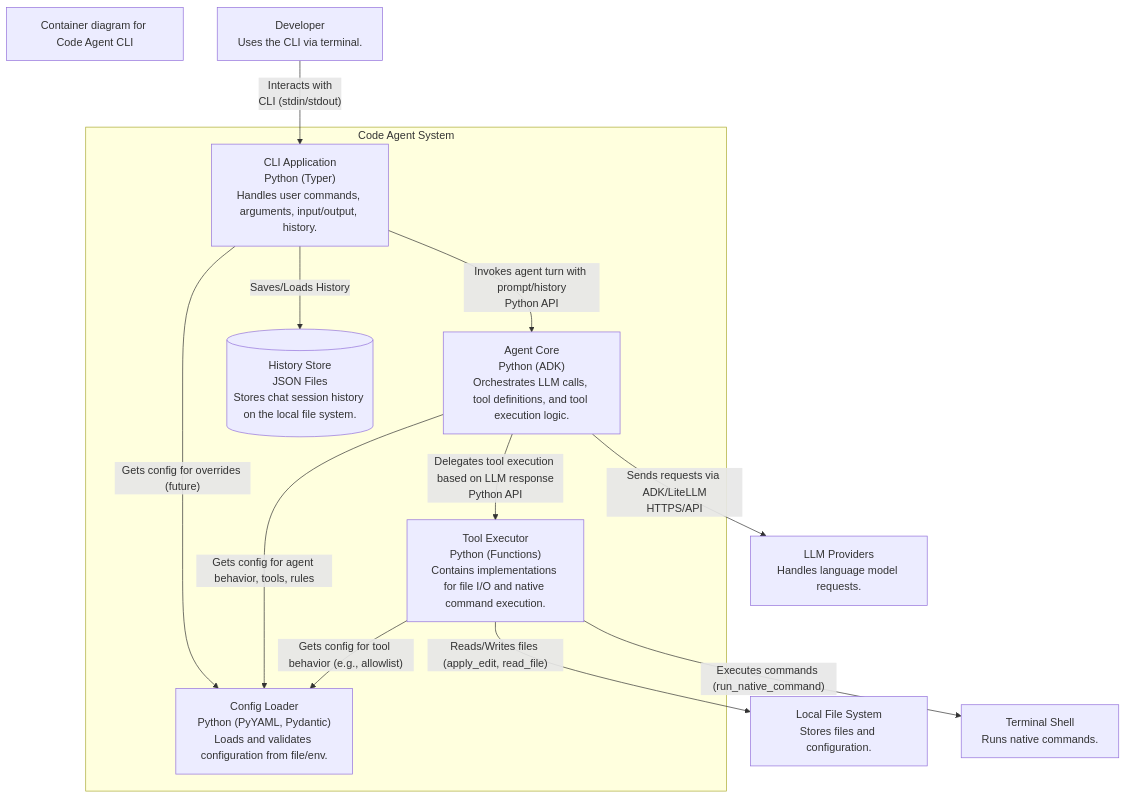
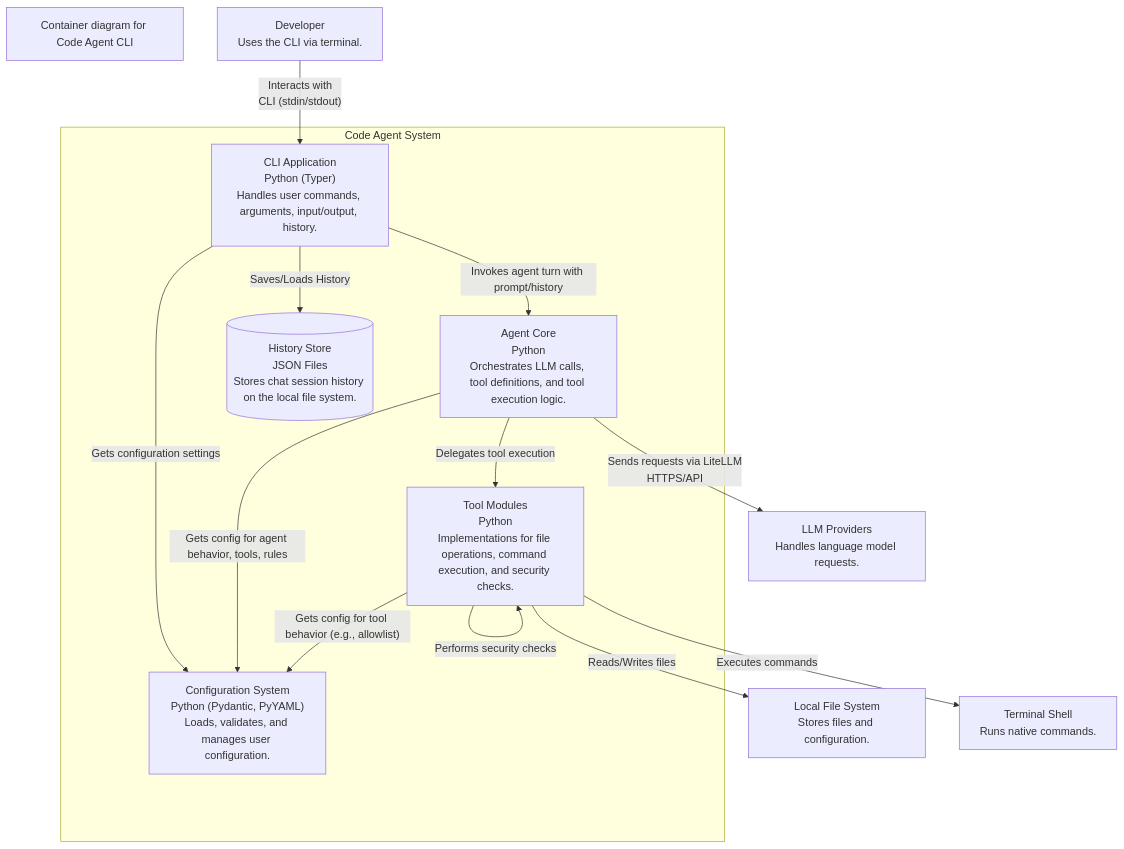
The second of 4 diagrams in docs/getting_started_architecture.md (BlueCentre/code-agent), drawn with Mermaid before and after one commit. The commit also changed other lines of this file and 7 other files, not shown here.

Commit message:
docs: update architecture diagrams and add sequence diagrams (#5)

````diff
--- a/docs/getting_started_architecture.md
+++ b/docs/getting_started_architecture.md
@@ -31,31 +31,32 @@
 ```mermaid
 flowchart TD
     title["Container diagram for Code Agent CLI"]
 
     user["Developer<br>Uses the CLI via terminal."]
     llm_providers["LLM Providers<br>Handles language model requests."]
     file_system["Local File System<br>Stores files and configuration."]
     terminal["Terminal Shell<br>Runs native commands."]
 
     subgraph cli_boundary["Code Agent System"]
         cli_app["CLI Application<br>Python (Typer)<br>Handles user commands, arguments, input/output, history."]
-        agent_core["Agent Core<br>Python (ADK)<br>Orchestrates LLM calls, tool definitions, and tool execution logic."]
-        config_loader["Config Loader<br>Python (PyYAML, Pydantic)<br>Loads and validates configuration from file/env."]
-        tool_executor["Tool Executor<br>Python (Functions)<br>Contains implementations for file I/O and native command execution."]
+        agent_core["Agent Core<br>Python<br>Orchestrates LLM calls, tool definitions, and tool execution logic."]
+        config_system["Configuration System<br>Python (Pydantic, PyYAML)<br>Loads, validates, and manages user configuration."]
+        tool_modules["Tool Modules<br>Python<br>Implementations for file operations, command execution, and security checks."]
         history_store[(History Store<br>JSON Files<br>Stores chat session history on the local file system.)]
     end
 
     user --> |"Interacts with<br>CLI (stdin/stdout)"| cli_app
 
-    cli_app --> |"Invokes agent turn with prompt/history<br>Python API"| agent_core
-    cli_app --> |"Gets config for overrides (future)"| config_loader
+    cli_app --> |"Invokes agent turn with prompt/history"| agent_core
+    cli_app --> |"Gets configuration settings"| config_system
     cli_app --> |"Saves/Loads History"| history_store
 
-    agent_core --> |"Gets config for agent behavior, tools, rules"| config_loader
-    agent_core --> |"Sends requests via ADK/LiteLLM<br>HTTPS/API"| llm_providers
-    agent_core --> |"Delegates tool execution based on LLM response<br>Python API"| tool_executor
+    agent_core --> |"Gets config for agent behavior, tools, rules"| config_system
+    agent_core --> |"Sends requests via LiteLLM<br>HTTPS/API"| llm_providers
+    agent_core --> |"Delegates tool execution"| tool_modules
 
-    tool_executor --> |"Gets config for tool behavior (e.g., allowlist)"| config_loader
-    tool_executor --> |"Reads/Writes files (apply_edit, read_file)"| file_system
-    tool_executor --> |"Executes commands (run_native_command)"| terminal
+    tool_modules --> |"Gets config for tool behavior (e.g., allowlist)"| config_system
+    tool_modules --> |"Reads/Writes files"| file_system
+    tool_modules --> |"Executes commands"| terminal
+    tool_modules --> |"Performs security checks"| tool_modules
 ```
````
